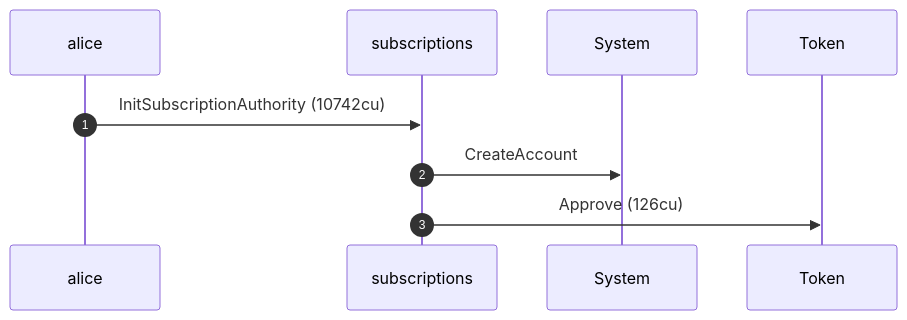
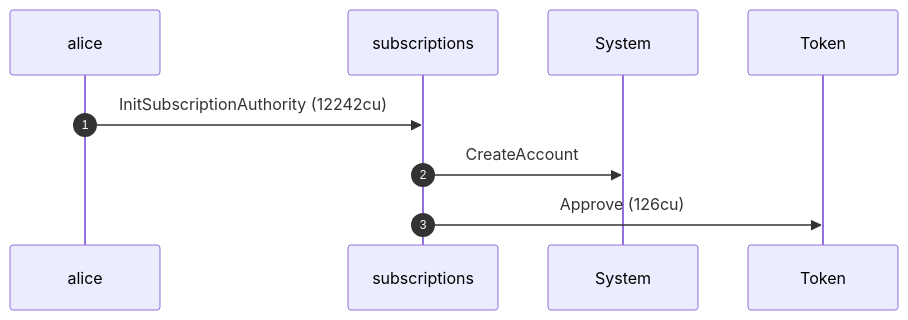
Before and after one commit to cds-rs/subscriptions: the first of 8 diagrams in dsl_tests/fixed-transfer-over-a-stale-version-delegation-is-refused.md, drawn with Mermaid. The commit also changed other lines of this file and 224 other files, not shown here.

````diff
--- a/dsl_tests/fixed-transfer-over-a-stale-version-delegation-is-refused.md
+++ b/dsl_tests/fixed-transfer-over-a-stale-version-delegation-is-refused.md
@@ -24,11 +25,11 @@
 ```mermaid
 sequenceDiagram
     autonumber
     participant alice
     participant subscriptions
     participant System
     participant Token
-    alice ->> subscriptions: InitSubscriptionAuthority (10742cu)
+    alice ->> subscriptions: InitSubscriptionAuthority (12242cu)
     subscriptions ->> System: CreateAccount
     subscriptions ->> Token: Approve (126cu)
 ```
````
